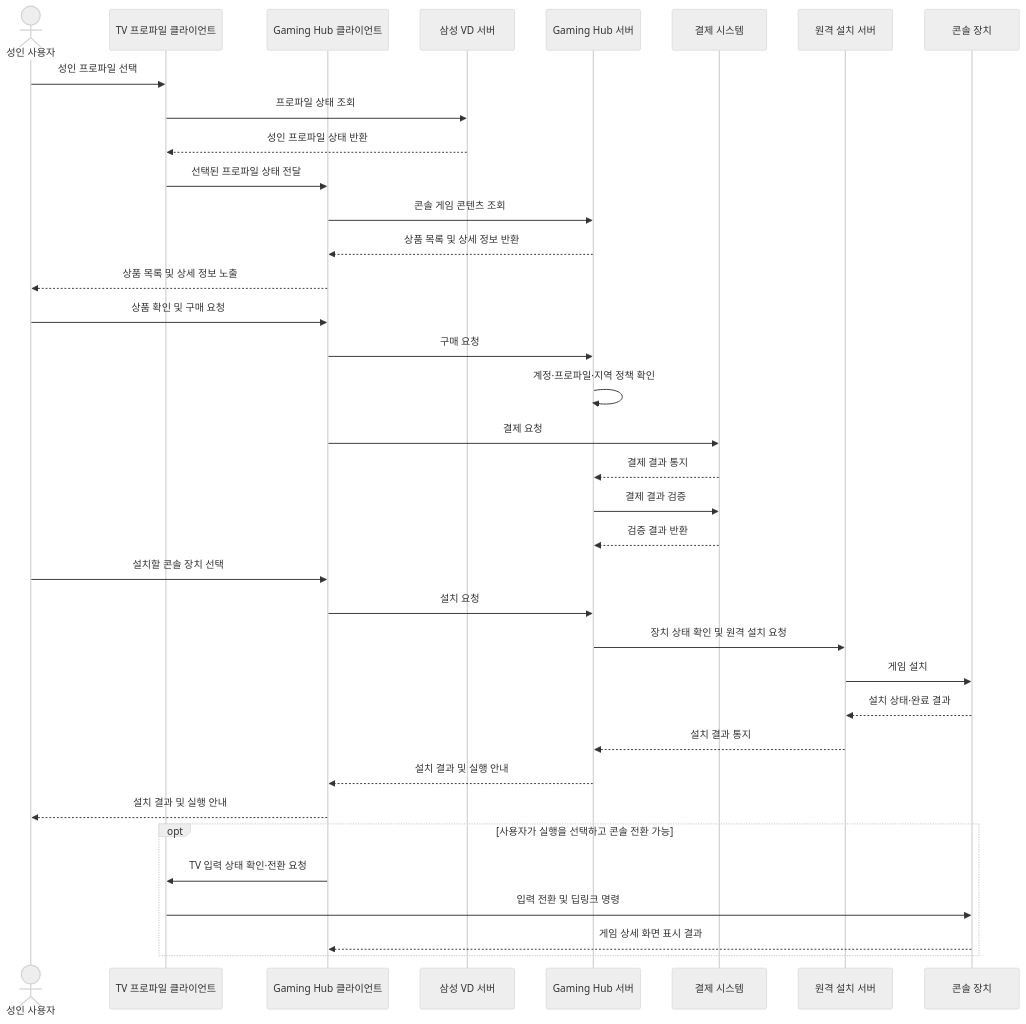
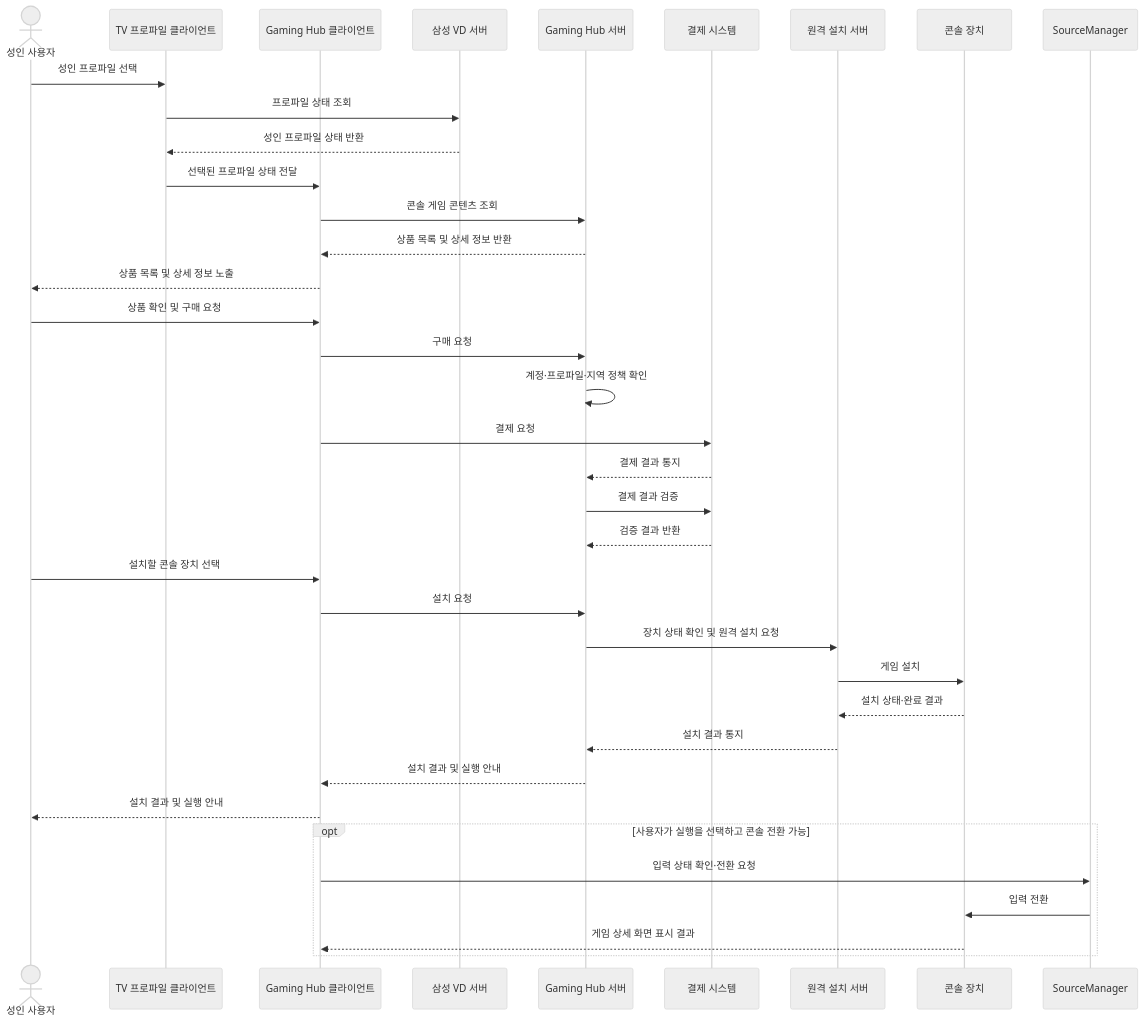
One commit to seock04/gaming-hub-console-content changed the second of 5 diagrams in docs/decision-point-2-architecture.md. Above: the diagram before and after it, drawn with Mermaid (neutral theme). The commit also changed other lines of this file, not shown here.

Commit message:
Rename TV control module to Source Manager

````diff
--- a/docs/decision-point-2-architecture.md
+++ b/docs/decision-point-2-architecture.md
@@ -197,39 +197,39 @@
 ```mermaid
 sequenceDiagram
     actor User as 성인 사용자
     participant Profile as TV 프로파일 클라이언트
     participant HubClient as Gaming Hub 클라이언트
     participant VD as 삼성 VD 서버
     participant Hub as Gaming Hub 서버
     participant Pay as 결제 시스템
     participant Install as 원격 설치 서버
     participant Console as 콘솔 장치
 
     User->>Profile: 성인 프로파일 선택
     Profile->>VD: 프로파일 상태 조회
     VD-->>Profile: 성인 프로파일 상태 반환
     Profile->>HubClient: 선택된 프로파일 상태 전달
     HubClient->>Hub: 콘솔 게임 콘텐츠 조회
     Hub-->>HubClient: 상품 목록 및 상세 정보 반환
     HubClient-->>User: 상품 목록 및 상세 정보 노출
     User->>HubClient: 상품 확인 및 구매 요청
     HubClient->>Hub: 구매 요청
     Hub->>Hub: 계정·프로파일·지역 정책 확인
     HubClient->>Pay: 결제 요청
     Pay-->>Hub: 결제 결과 통지
     Hub->>Pay: 결제 결과 검증
     Pay-->>Hub: 검증 결과 반환
     User->>HubClient: 설치할 콘솔 장치 선택
     HubClient->>Hub: 설치 요청
     Hub->>Install: 장치 상태 확인 및 원격 설치 요청
     Install->>Console: 게임 설치
     Console-->>Install: 설치 상태·완료 결과
     Install-->>Hub: 설치 결과 통지
     Hub-->>HubClient: 설치 결과 및 실행 안내
     HubClient-->>User: 설치 결과 및 실행 안내
     opt 사용자가 실행을 선택하고 콘솔 전환 가능
-        HubClient->>Profile: TV 입력 상태 확인·전환 요청
-        Profile->>Console: 입력 전환 및 딥링크 명령
+        HubClient->>SourceManager: 입력 상태 확인·전환 요청
+        SourceManager->>Console: 입력 전환
         Console-->>HubClient: 게임 상세 화면 표시 결과
     end
 ```
````
